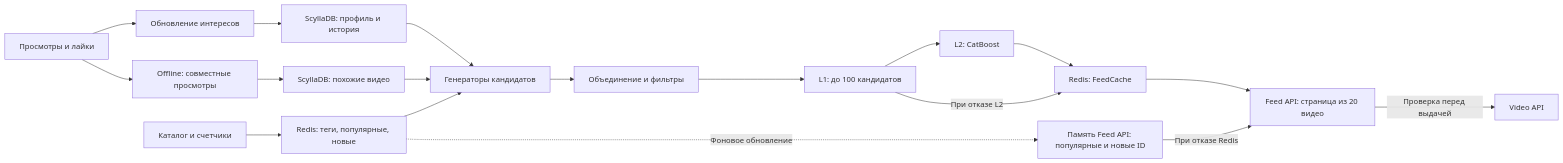
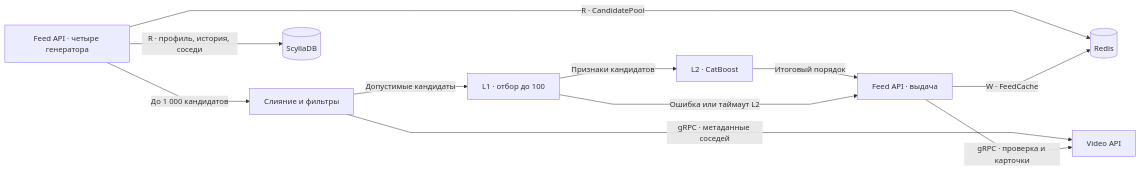
One commit to pavel-ladygin/highload_tp changed the sixth of 14 diagrams in README.md. Above: the diagram before and after it, drawn with Mermaid. The commit also changed other lines of this file, not shown here.

````diff
--- a/README.md
+++ b/README.md
@@ -752,20 +758,14 @@
 ```mermaid
+%%{init: {"flowchart": {"curve": "linear"}}}%%
 flowchart LR
-    Events["Просмотры и лайки"] --> Stream["Обновление интересов"]
-    Stream --> Profile["ScyllaDB: профиль и история"]
-    Events --> Batch["Offline: совместные просмотры"]
-    Batch --> Neighbors["ScyllaDB: похожие видео"]
-    Catalog["Каталог и счетчики"] --> Pools["Redis: теги, популярные, новые"]
-    Profile --> Candidates["Генераторы кандидатов"]
-    Neighbors --> Candidates
-    Pools --> Candidates
-    Candidates --> Filter["Объединение и фильтры"]
-    Filter --> L1["L1: до 100 кандидатов"]
-    L1 --> L2["L2: CatBoost"]
-    L2 --> Cache["Redis: FeedCache"]
-    L1 -->|"При отказе L2"| Cache
-    Cache --> API["Feed API: страница из 20 видео"]
-    Pools -. "Фоновое обновление" .-> Snap["Память Feed API: популярные и новые ID"]
-    Snap -->|"При отказе Redis"| API
-    API -->|"Проверка перед выдачей"| Video["Video API"]
+    G["Feed API · четыре генератора"] -->|"До 1 000 кандидатов"| F["Слияние и фильтры"]
+    G -->|"R · профиль, история, соседи"| D[("ScyllaDB")]
+    G -->|"R · CandidatePool"| R[("Redis")]
+    F -->|"Допустимые кандидаты"| L["L1 · отбор до 100"]
+    F -->|"gRPC · метаданные соседей"| V["Video API"]
+    L -->|"Признаки кандидатов"| C["L2 · CatBoost"]
+    C -->|"Итоговый порядок"| P["Feed API · выдача"]
+    L -->|"Ошибка или таймаут L2"| P
+    P -->|"W · FeedCache"| R
+    P -->|"gRPC · проверка и карточки"| V
 ```
````
